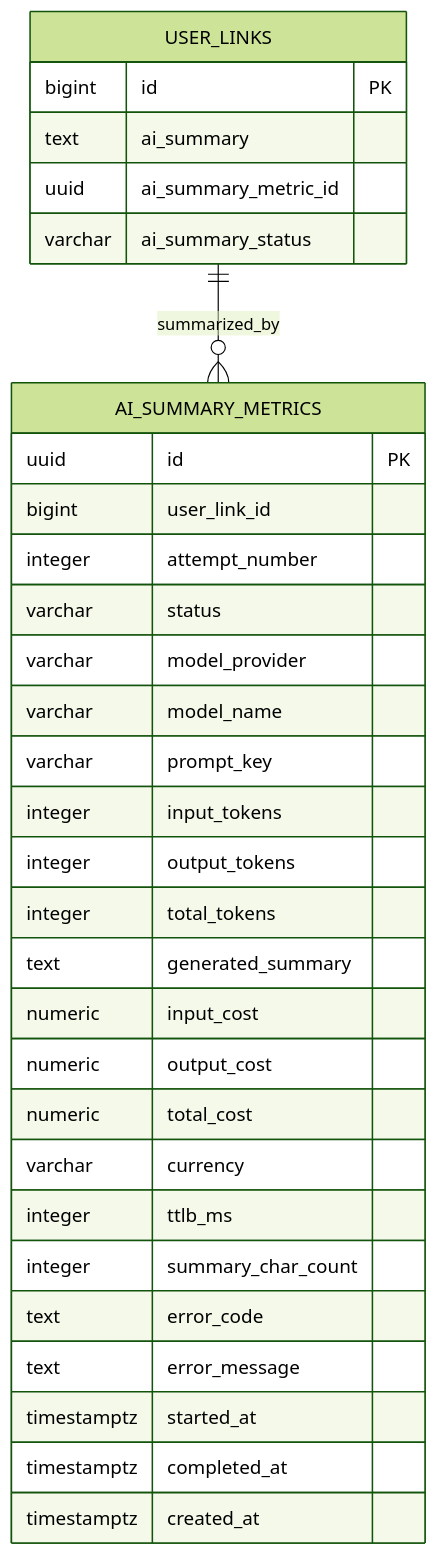
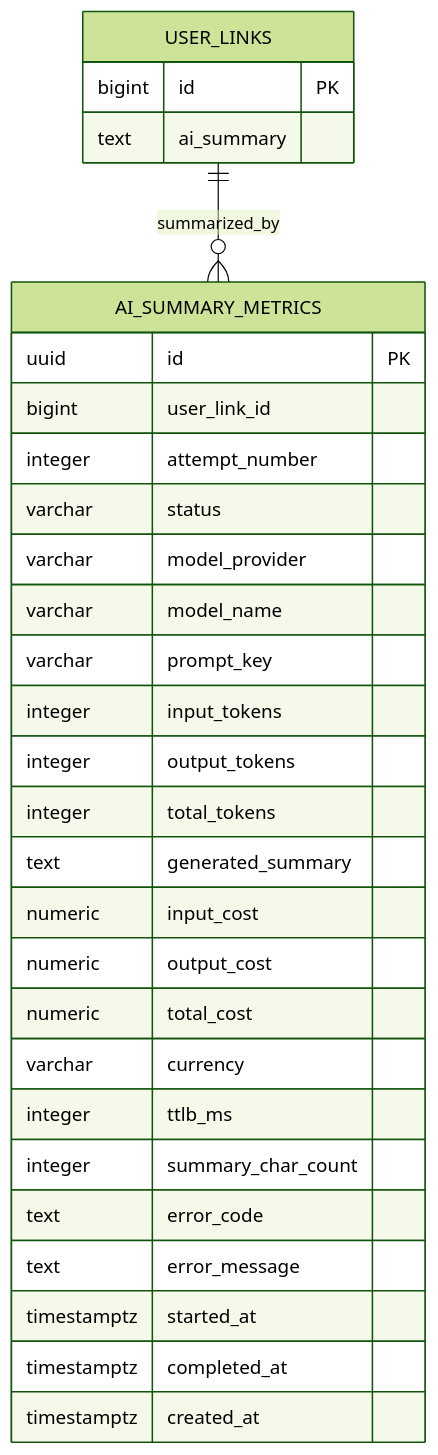
Before and after one commit to mash-up-kr/Promise.9-Server: the diagram in docs/database/tables/ai_summary_metrics.md, drawn with Mermaid (forest theme). The commit also changed other lines of this file, not shown here.

Commit message:
docs: ai_summary_metrics 참조 필드 최소화

````diff
--- a/docs/database/tables/ai_summary_metrics.md
+++ b/docs/database/tables/ai_summary_metrics.md
@@ -9,36 +9,34 @@
 ```mermaid
 erDiagram
   USER_LINKS ||--o{ AI_SUMMARY_METRICS : summarized_by
 
   USER_LINKS {
     bigint id PK
     text ai_summary
-    uuid ai_summary_metric_id
-    varchar ai_summary_status
   }
 
   AI_SUMMARY_METRICS {
     uuid id PK
     bigint user_link_id
     integer attempt_number
     varchar status
     varchar model_provider
     varchar model_name
     varchar prompt_key
     integer input_tokens
     integer output_tokens
     integer total_tokens
     text generated_summary
     numeric input_cost
     numeric output_cost
     numeric total_cost
     varchar currency
     integer ttlb_ms
     integer summary_char_count
     text error_code
     text error_message
     timestamptz started_at
     timestamptz completed_at
     timestamptz created_at
   }
 ```
````
